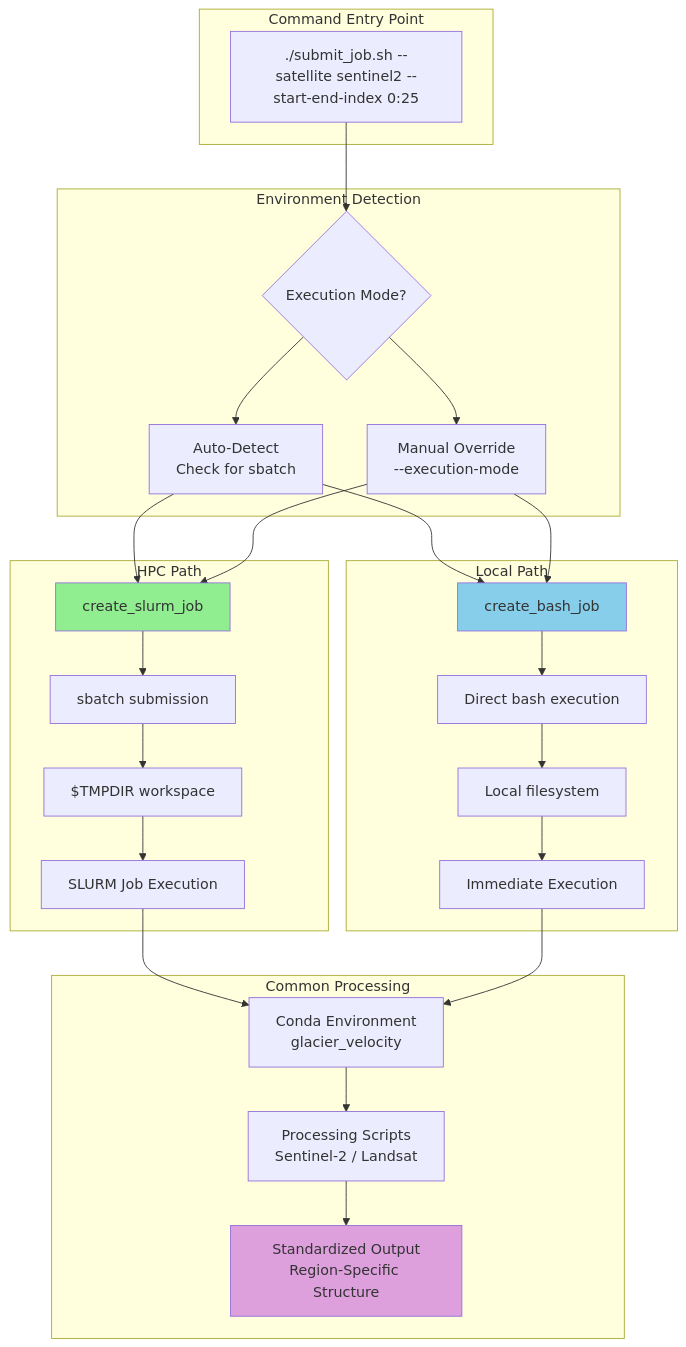
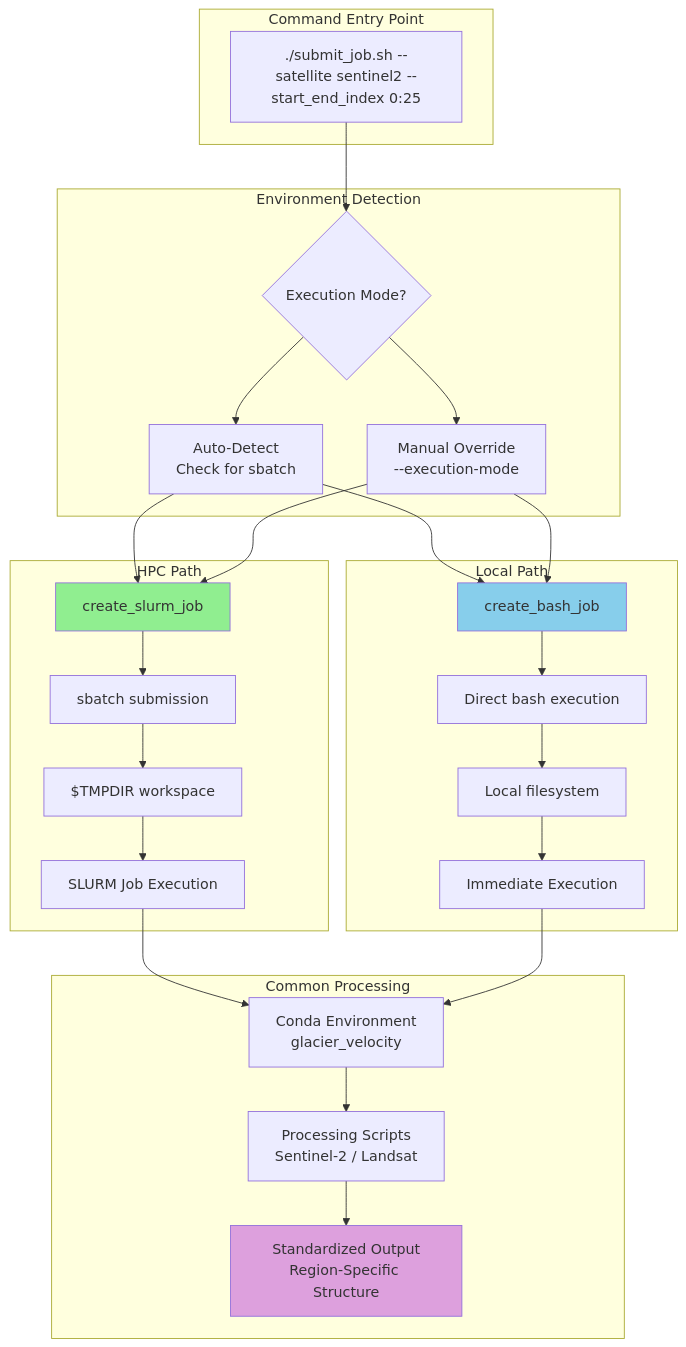
One commit to bidhya/greenland-glacier-flow changed the third of 11 diagrams in docs/ARCHITECTURE.md. Above: the diagram before and after it, drawn with Mermaid. The commit also changed other lines of this file and 9 other files, not shown here.

````diff
--- a/docs/ARCHITECTURE.md
+++ b/docs/ARCHITECTURE.md
@@ -94,58 +94,58 @@
 ```mermaid
 graph TB
     subgraph "Command Entry Point"
-        CMD[./submit_job.sh --satellite sentinel2 --start-end-index 0:25]
+        CMD[./submit_job.sh --satellite sentinel2 --start_end_index 0:25]
     end
     
     subgraph "Environment Detection"
         DETECT{Execution Mode?}
         AUTO[Auto-Detect<br/>Check for sbatch]
         MANUAL[Manual Override<br/>--execution-mode]
     end
     
     subgraph "HPC Path"
         SLURM[create_slurm_job]
         SBATCH[sbatch submission]
         TMPDIR[$TMPDIR workspace]
         HPCRUN[SLURM Job Execution]
     end
     
     subgraph "Local Path"
         BASH[create_bash_job]
         DIRECT[Direct bash execution]
         LOCALDIR[Local filesystem]
         LOCALRUN[Immediate Execution]
     end
     
     subgraph "Common Processing"
         CONDA[Conda Environment<br/>glacier_velocity]
         SCRIPT[Processing Scripts<br/>Sentinel-2 / Landsat]
         OUTPUT[Standardized Output<br/>Region-Specific Structure]
     end
     
     CMD --> DETECT
     DETECT --> AUTO
     DETECT --> MANUAL
     AUTO --> SLURM
     AUTO --> BASH
     MANUAL --> SLURM
     MANUAL --> BASH
     
     SLURM --> SBATCH
     SBATCH --> TMPDIR
     TMPDIR --> HPCRUN
     
     BASH --> DIRECT
     DIRECT --> LOCALDIR
     LOCALDIR --> LOCALRUN
     
     HPCRUN --> CONDA
     LOCALRUN --> CONDA
     
     CONDA --> SCRIPT
     SCRIPT --> OUTPUT
     
     style SLURM fill:#90EE90
     style BASH fill:#87CEEB
     style OUTPUT fill:#DDA0DD
 ```
````
